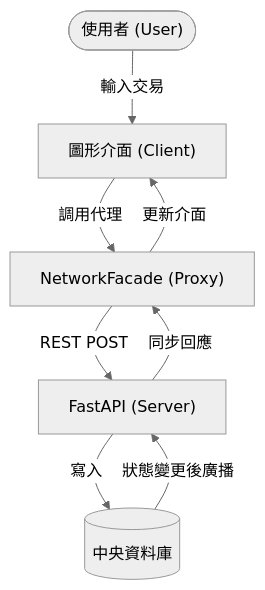
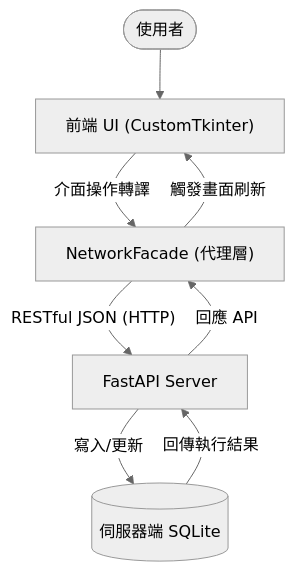
Before and after one commit to HuangRuihong/PJ02: the first of 2 diagrams in 工具/專案完整說明文件.md, drawn with Mermaid (neutral theme). The commit also changed other lines of this file, not shown here.

````diff
--- a/工具/專案完整說明文件.md
+++ b/工具/專案完整說明文件.md
@@ -291,16 +27,10 @@
 ```mermaid
 graph TD
-    User(["使用者 (User)"])
-    GUI["圖形介面 (Client)"]
-    Proxy["NetworkFacade (Proxy)"]
-    Server["FastAPI (Server)"]
-    DB[("中央資料庫")]
-
-    User -- "輸入交易" --> GUI
-    GUI -- "調用代理" --> Proxy
-    Proxy -- "REST POST" --> Server
-    Server -- "寫入" --> DB
-    DB -- "狀態變更後廣播" --> Server
-    Server -- "同步回應" --> Proxy
-    Proxy -- "更新介面" --> GUI
+    User(["使用者"]) --> GUI["前端 UI (CustomTkinter)"]
+    GUI -- "介面操作轉譯" --> Proxy["NetworkFacade (代理層)"]
+    Proxy -- "RESTful JSON (HTTP)" --> Server["FastAPI Server"]
+    Server -- "寫入/更新" --> DB[("伺服器端 SQLite")]
+    DB -- "回傳執行結果" --> Server
+    Server -- "回應 API" --> Proxy
+    Proxy -- "觸發畫面刷新" --> GUI
 ```
````
